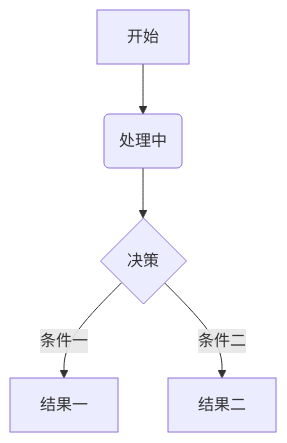
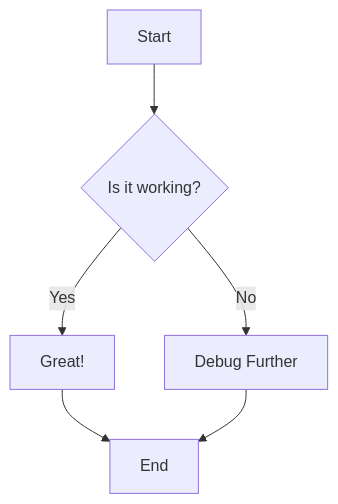
One commit to Crys-Chen/ic-guide changed the diagram in docs/index.md. Above: the diagram before and after it, drawn with Mermaid. The commit also changed other lines of this file, not shown here.

Commit message:
test mermaid

````diff
--- a/docs/index.md
+++ b/docs/index.md
@@ -17,7 +36,8 @@
-```mermaid
-graph TD
-    A[开始] --> B(处理中);
-    B --> C{决策};
-    C -->|条件一| D[结果一];
-    C -->|条件二| E[结果二];
-```
+    <div class="mermaid">
+    graph TD
+        A[Start] --> B{Is it working?};
+        B -->|Yes| C[Great!];
+        B -->|No| D[Debug Further];
+        C --> E[End];
+        D --> E;
+    </div>
````
